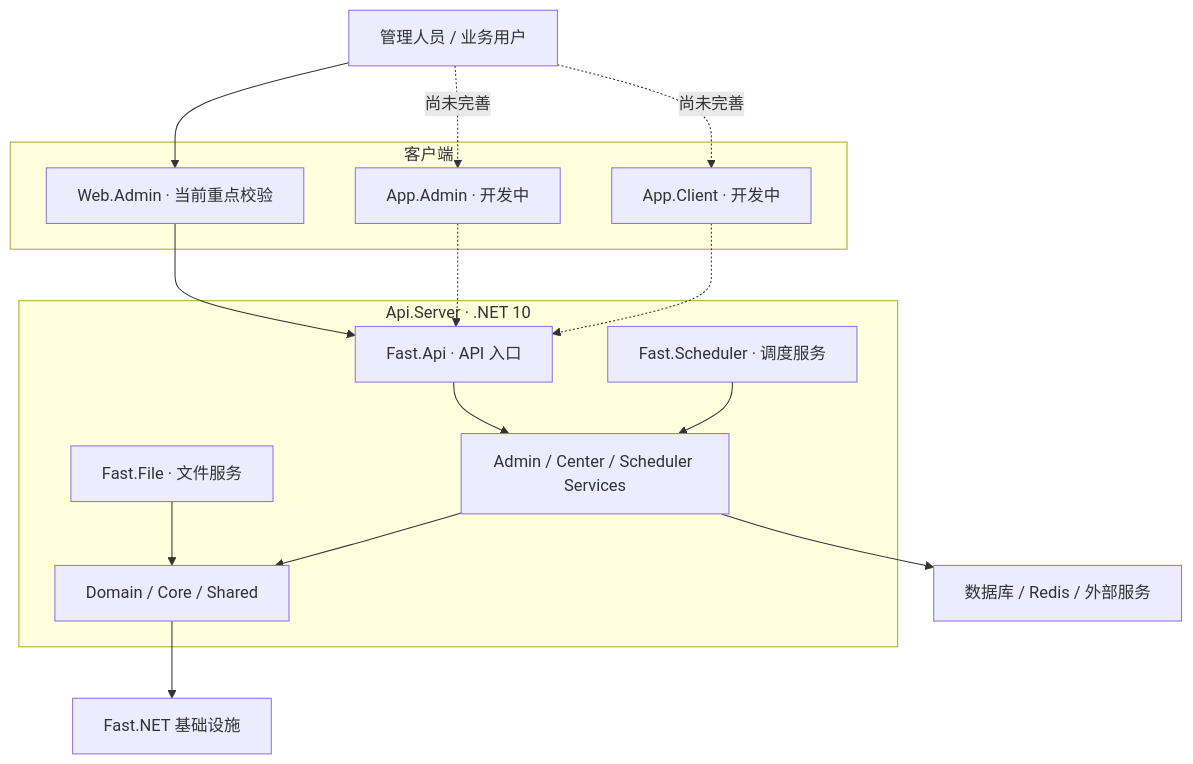
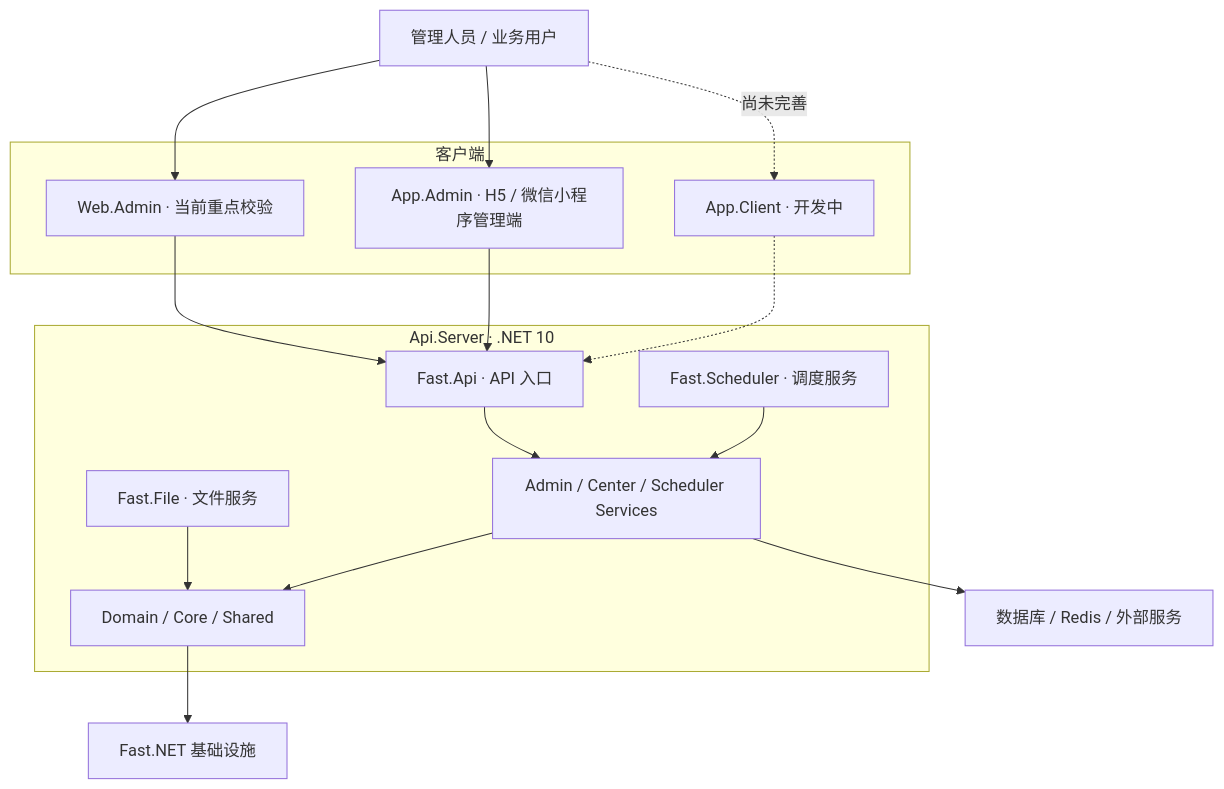
One commit to Fast-Dotnet/Fast.Admin changed the diagram in README.zh.md. Above: the diagram before and after it, drawn with Mermaid. The commit also changed other lines of this file and 7 other files, not shown here.

First line of the commit message:
docs(readme): 更新移动管理端完成度与小程序深色截图

````diff
--- a/README.zh.md
+++ b/README.zh.md
@@ -126,34 +150,34 @@
 ```mermaid
 flowchart TB
     user["管理人员 / 业务用户"]
 
     subgraph clients["客户端"]
         web["Web.Admin · 当前重点校验"]
-        adminApp["App.Admin · 开发中"]
+        adminApp["App.Admin · H5 / 微信小程序管理端"]
         clientApp["App.Client · 开发中"]
     end
 
     subgraph server["Api.Server · .NET 10"]
         api["Fast.Api · API 入口"]
         file["Fast.File · 文件服务"]
         scheduler["Fast.Scheduler · 调度服务"]
         services["Admin / Center / Scheduler Services"]
         foundation["Domain / Core / Shared"]
     end
 
     infra["Fast.NET 基础设施"]
     storage["数据库 / Redis / 外部服务"]
 
     user --> web
-    user -. 尚未完善 .-> adminApp
+    user --> adminApp
     user -. 尚未完善 .-> clientApp
     web --> api
-    adminApp -.-> api
+    adminApp --> api
     clientApp -.-> api
     api --> services
     file --> foundation
     scheduler --> services
     services --> foundation
     foundation --> infra
     services --> storage
 ```
````
